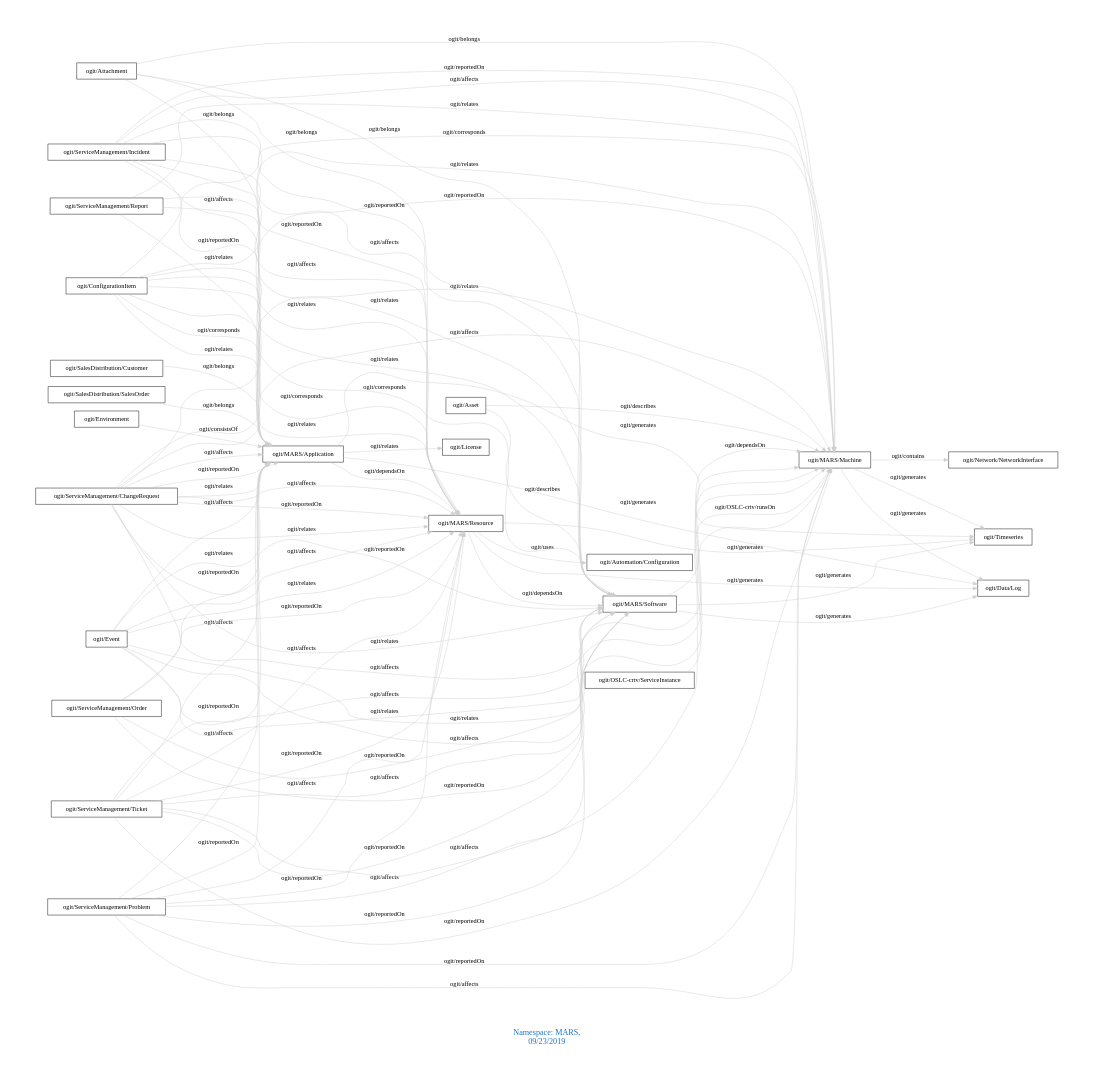
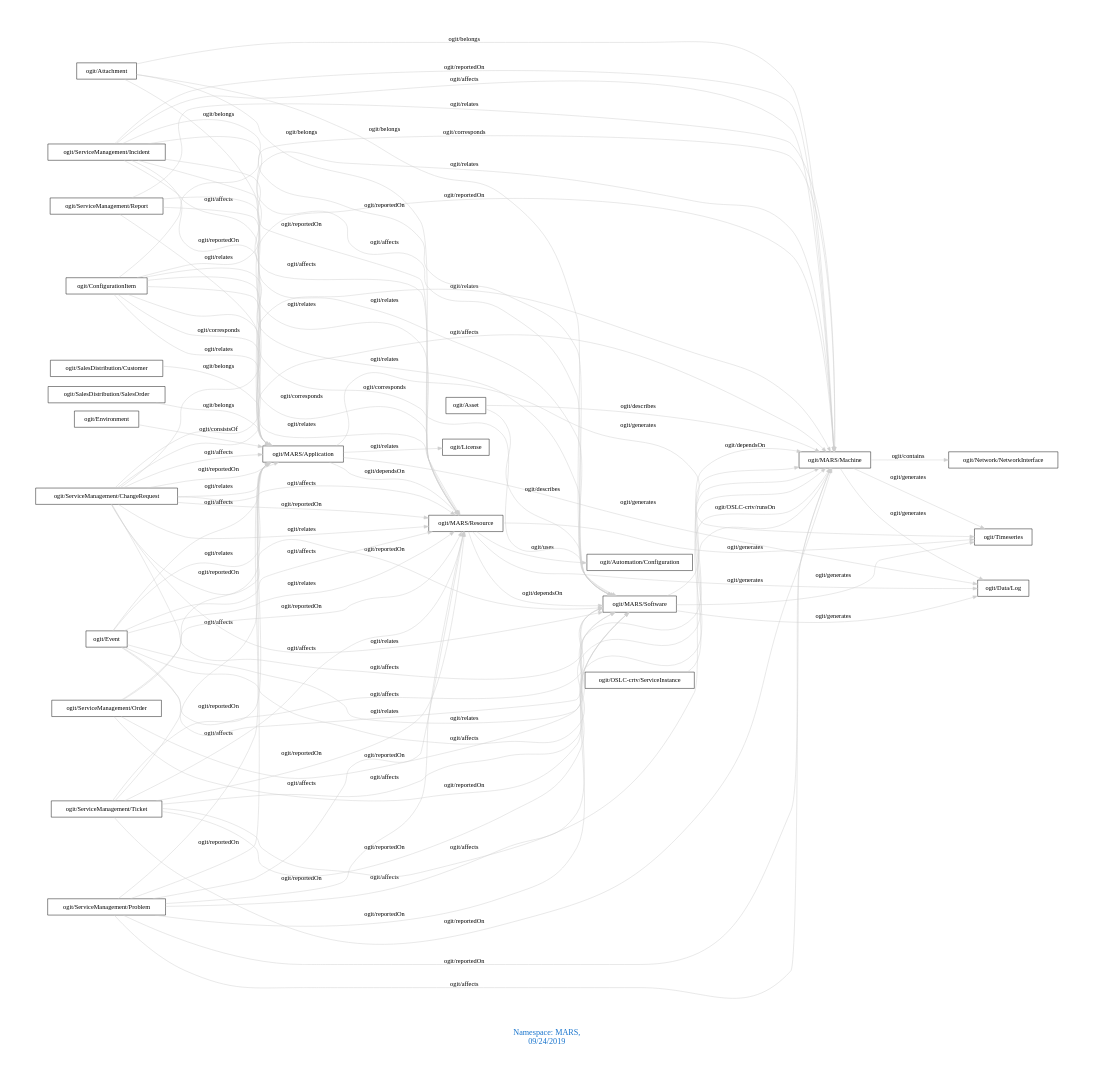
One commit to arago/OGIT changed the diagram in downloads/MARS.dot. Above: the diagram before and after it, drawn with Graphviz. The commit also changed 175 other files, not shown here.

```diff
--- a/downloads/MARS.dot
+++ b/downloads/MARS.dot
@@ -1,92 +1,92 @@
 digraph OGIT_ontology {
  graph [ rankdir= LR,pad=1 
 fontsize = 18,
-fontcolor= dodgerblue3,label = "\n\n\nNamespace: MARS, \n 09/23/2019"];
+fontcolor= dodgerblue3,label = "\n\n\nNamespace: MARS, \n 09/24/2019"];
 node[shape=polygon];
 edge [  color="gray81"];
 
    "ogit/MARS/Machine" -> "ogit/Network/NetworkInterface" [label="   ogit/contains    "];
    "ogit/MARS/Application" -> "ogit/Data/Log" [label="   ogit/generates    "];
    "ogit/MARS/Application" -> "ogit/Timeseries" [label="   ogit/generates    "];
    "ogit/MARS/Machine" -> "ogit/Data/Log" [label="   ogit/generates    "];
    "ogit/MARS/Machine" -> "ogit/Timeseries" [label="   ogit/generates    "];
    "ogit/MARS/Resource" -> "ogit/Data/Log" [label="   ogit/generates    "];
    "ogit/MARS/Resource" -> "ogit/Timeseries" [label="   ogit/generates    "];
    "ogit/MARS/Software" -> "ogit/Data/Log" [label="   ogit/generates    "];
    "ogit/MARS/Software" -> "ogit/Timeseries" [label="   ogit/generates    "];
    "ogit/Asset" -> "ogit/MARS/Software" [label="   ogit/describes    "];
    "ogit/Asset" -> "ogit/MARS/Machine" [label="   ogit/describes    "];
    "ogit/ConfigurationItem" -> "ogit/MARS/Application" [label="   ogit/corresponds    "];
    "ogit/ConfigurationItem" -> "ogit/MARS/Resource" [label="   ogit/corresponds    "];
    "ogit/ConfigurationItem" -> "ogit/MARS/Software" [label="   ogit/corresponds    "];
    "ogit/ConfigurationItem" -> "ogit/MARS/Machine" [label="   ogit/corresponds    "];
    "ogit/ServiceManagement/ChangeRequest" -> "ogit/MARS/Application" [label="   ogit/affects    "];
    "ogit/ServiceManagement/ChangeRequest" -> "ogit/MARS/Resource" [label="   ogit/affects    "];
    "ogit/ServiceManagement/ChangeRequest" -> "ogit/MARS/Software" [label="   ogit/affects    "];
    "ogit/ServiceManagement/ChangeRequest" -> "ogit/MARS/Machine" [label="   ogit/affects    "];
    "ogit/ServiceManagement/Incident" -> "ogit/MARS/Application" [label="   ogit/affects    "];
    "ogit/ServiceManagement/Incident" -> "ogit/MARS/Resource" [label="   ogit/affects    "];
    "ogit/ServiceManagement/Incident" -> "ogit/MARS/Software" [label="   ogit/affects    "];
    "ogit/ServiceManagement/Incident" -> "ogit/MARS/Machine" [label="   ogit/affects    "];
    "ogit/ServiceManagement/Problem" -> "ogit/MARS/Application" [label="   ogit/affects    "];
    "ogit/ServiceManagement/Problem" -> "ogit/MARS/Resource" [label="   ogit/affects    "];
    "ogit/ServiceManagement/Problem" -> "ogit/MARS/Software" [label="   ogit/affects    "];
    "ogit/ServiceManagement/Problem" -> "ogit/MARS/Machine" [label="   ogit/affects    "];
    "ogit/ServiceManagement/Ticket" -> "ogit/MARS/Application" [label="   ogit/affects    "];
    "ogit/ServiceManagement/Ticket" -> "ogit/MARS/Resource" [label="   ogit/affects    "];
    "ogit/ServiceManagement/Ticket" -> "ogit/MARS/Software" [label="   ogit/affects    "];
    "ogit/ServiceManagement/Ticket" -> "ogit/MARS/Machine" [label="   ogit/affects    "];
    "ogit/Event" -> "ogit/MARS/Application" [label="   ogit/affects    "];
    "ogit/Event" -> "ogit/MARS/Resource" [label="   ogit/affects    "];
    "ogit/Event" -> "ogit/MARS/Software" [label="   ogit/affects    "];
    "ogit/Event" -> "ogit/MARS/Machine" [label="   ogit/affects    "];
    "ogit/OSLC-crtv/ServiceInstance" -> "ogit/MARS/Machine" [label="   ogit/OSLC-crtv/runsOn    "];
    "ogit/MARS/Application" -> "ogit/MARS/Resource" [label="   ogit/dependsOn    "];
    "ogit/MARS/Resource" -> "ogit/MARS/Software" [label="   ogit/dependsOn    "];
    "ogit/MARS/Software" -> "ogit/MARS/Machine" [label="   ogit/dependsOn    "];
    "ogit/SalesDistribution/Customer" -> "ogit/MARS/Application" [label="   ogit/belongs    "];
    "ogit/SalesDistribution/SalesOrder" -> "ogit/MARS/Application" [label="   ogit/belongs    "];
    "ogit/Attachment" -> "ogit/MARS/Machine" [label="   ogit/belongs    "];
    "ogit/Attachment" -> "ogit/MARS/Software" [label="   ogit/belongs    "];
    "ogit/Attachment" -> "ogit/MARS/Resource" [label="   ogit/belongs    "];
    "ogit/Attachment" -> "ogit/MARS/Application" [label="   ogit/belongs    "];
    "ogit/MARS/Resource" -> "ogit/Automation/Configuration" [label="   ogit/uses    "];
    "ogit/ServiceManagement/ChangeRequest" -> "ogit/MARS/Machine" [label="   ogit/reportedOn    "];
    "ogit/ServiceManagement/ChangeRequest" -> "ogit/MARS/Software" [label="   ogit/reportedOn    "];
    "ogit/ServiceManagement/ChangeRequest" -> "ogit/MARS/Resource" [label="   ogit/reportedOn    "];
    "ogit/ServiceManagement/ChangeRequest" -> "ogit/MARS/Application" [label="   ogit/reportedOn    "];
    "ogit/ServiceManagement/Incident" -> "ogit/MARS/Machine" [label="   ogit/reportedOn    "];
    "ogit/ServiceManagement/Incident" -> "ogit/MARS/Software" [label="   ogit/reportedOn    "];
    "ogit/ServiceManagement/Incident" -> "ogit/MARS/Resource" [label="   ogit/reportedOn    "];
    "ogit/ServiceManagement/Incident" -> "ogit/MARS/Application" [label="   ogit/reportedOn    "];
    "ogit/ServiceManagement/Order" -> "ogit/MARS/Machine" [label="   ogit/reportedOn    "];
    "ogit/ServiceManagement/Order" -> "ogit/MARS/Software" [label="   ogit/reportedOn    "];
    "ogit/ServiceManagement/Order" -> "ogit/MARS/Resource" [label="   ogit/reportedOn    "];
    "ogit/ServiceManagement/Order" -> "ogit/MARS/Application" [label="   ogit/reportedOn    "];
    "ogit/ServiceManagement/Problem" -> "ogit/MARS/Machine" [label="   ogit/reportedOn    "];
    "ogit/ServiceManagement/Problem" -> "ogit/MARS/Software" [label="   ogit/reportedOn    "];
    "ogit/ServiceManagement/Problem" -> "ogit/MARS/Resource" [label="   ogit/reportedOn    "];
    "ogit/ServiceManagement/Problem" -> "ogit/MARS/Application" [label="   ogit/reportedOn    "];
    "ogit/ServiceManagement/Ticket" -> "ogit/MARS/Machine" [label="   ogit/reportedOn    "];
    "ogit/ServiceManagement/Ticket" -> "ogit/MARS/Software" [label="   ogit/reportedOn    "];
    "ogit/ServiceManagement/Ticket" -> "ogit/MARS/Resource" [label="   ogit/reportedOn    "];
    "ogit/ServiceManagement/Ticket" -> "ogit/MARS/Application" [label="   ogit/reportedOn    "];
    "ogit/Environment" -> "ogit/MARS/Application" [label="   ogit/consistsOf    "];
    "ogit/MARS/Application" -> "ogit/License" [label="   ogit/relates    "];
    "ogit/ServiceManagement/ChangeRequest" -> "ogit/MARS/Machine" [label="   ogit/relates    "];
    "ogit/ServiceManagement/ChangeRequest" -> "ogit/MARS/Software" [label="   ogit/relates    "];
    "ogit/ServiceManagement/ChangeRequest" -> "ogit/MARS/Resource" [label="   ogit/relates    "];
    "ogit/ServiceManagement/ChangeRequest" -> "ogit/MARS/Application" [label="   ogit/relates    "];
    "ogit/ServiceManagement/Report" -> "ogit/MARS/Machine" [label="   ogit/relates    "];
    "ogit/ServiceManagement/Report" -> "ogit/MARS/Software" [label="   ogit/relates    "];
    "ogit/ServiceManagement/Report" -> "ogit/MARS/Resource" [label="   ogit/relates    "];
    "ogit/ServiceManagement/Report" -> "ogit/MARS/Application" [label="   ogit/relates    "];
    "ogit/ConfigurationItem" -> "ogit/MARS/Machine" [label="   ogit/relates    "];
    "ogit/ConfigurationItem" -> "ogit/MARS/Software" [label="   ogit/relates    "];
    "ogit/ConfigurationItem" -> "ogit/MARS/Resource" [label="   ogit/relates    "];
    "ogit/ConfigurationItem" -> "ogit/MARS/Application" [label="   ogit/relates    "];
    "ogit/Event" -> "ogit/MARS/Machine" [label="   ogit/relates    "];
    "ogit/Event" -> "ogit/MARS/Software" [label="   ogit/relates    "];
    "ogit/Event" -> "ogit/MARS/Resource" [label="   ogit/relates    "];
    "ogit/Event" -> "ogit/MARS/Application" [label="   ogit/relates    "];
 }
```
